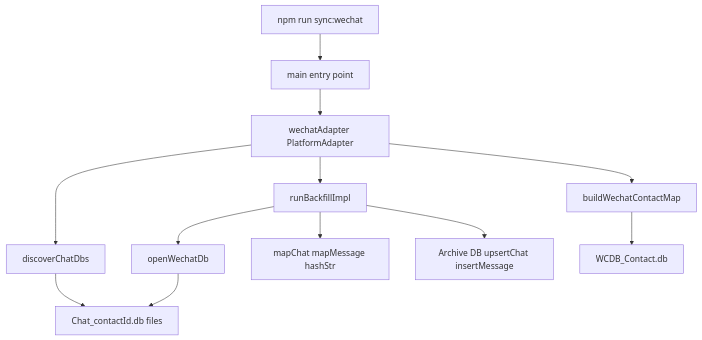
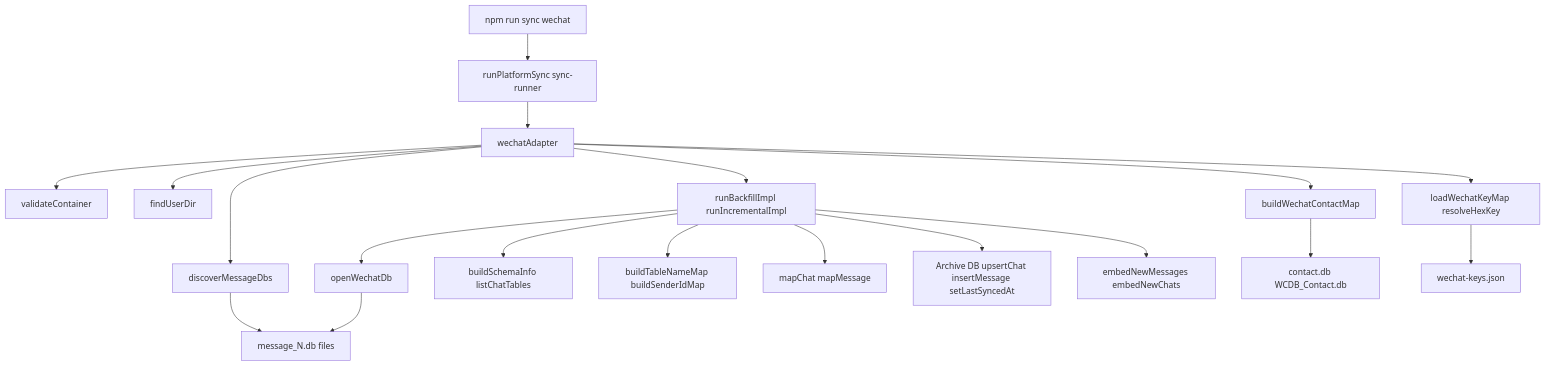
Before and after one commit to yanicklandry/khipuchat: the first of 3 diagrams in .kiro/specs/wechat-sync/design.md, drawn with Mermaid. The commit also changed other lines of this file and 4 other files, not shown here.

````diff
--- a/.kiro/specs/wechat-sync/design.md
+++ b/.kiro/specs/wechat-sync/design.md
@@ -60,26 +85,40 @@
 ```mermaid
 graph TB
-    CLI[npm run sync:wechat]
-    Main[main entry point]
-    Adapter[wechatAdapter PlatformAdapter]
-    Discoverer[discoverChatDbs]
+    CLI[npm run sync wechat]
+    Runner[runPlatformSync sync-runner]
+    Adapter[wechatAdapter]
+    Validate[validateContainer]
+    FindUser[findUserDir]
+    Discover[discoverMessageDbs]
+    Keys[loadWechatKeyMap resolveHexKey]
     Contacts[buildWechatContactMap]
-    Backfill[runBackfillImpl]
+    Core[runBackfillImpl runIncrementalImpl]
     Opener[openWechatDb]
-    Mappers[mapChat mapMessage hashStr]
-    SharedDb[Archive DB upsertChat insertMessage]
-    WechatDbs[Chat_contactId.db files]
-    ContactDb[WCDB_Contact.db]
+    Schema[buildSchemaInfo listChatTables]
+    Maps[buildTableNameMap buildSenderIdMap]
+    Mapper[mapChat mapMessage]
+    SharedDb[Archive DB upsertChat insertMessage setLastSyncedAt]
+    Embed[embedNewMessages embedNewChats]
+    MsgDbs[message_N.db files]
+    ContactDb[contact.db WCDB_Contact.db]
+    KeyFile[wechat-keys.json]
 
-    CLI --> Main
-    Main --> Adapter
-    Adapter --> Discoverer
+    CLI --> Runner
+    Runner --> Adapter
+    Adapter --> Validate
+    Adapter --> FindUser
+    Adapter --> Discover
+    Adapter --> Keys
     Adapter --> Contacts
-    Discoverer --> WechatDbs
+    Adapter --> Core
+    Keys --> KeyFile
     Contacts --> ContactDb
-    Adapter --> Backfill
-    Backfill --> Opener
-    Opener --> WechatDbs
-    Backfill --> Mappers
-    Backfill --> SharedDb
+    Discover --> MsgDbs
+    Core --> Opener
+    Opener --> MsgDbs
+    Core --> Schema
+    Core --> Maps
+    Core --> Mapper
+    Core --> SharedDb
+    Core --> Embed
 ```
````
